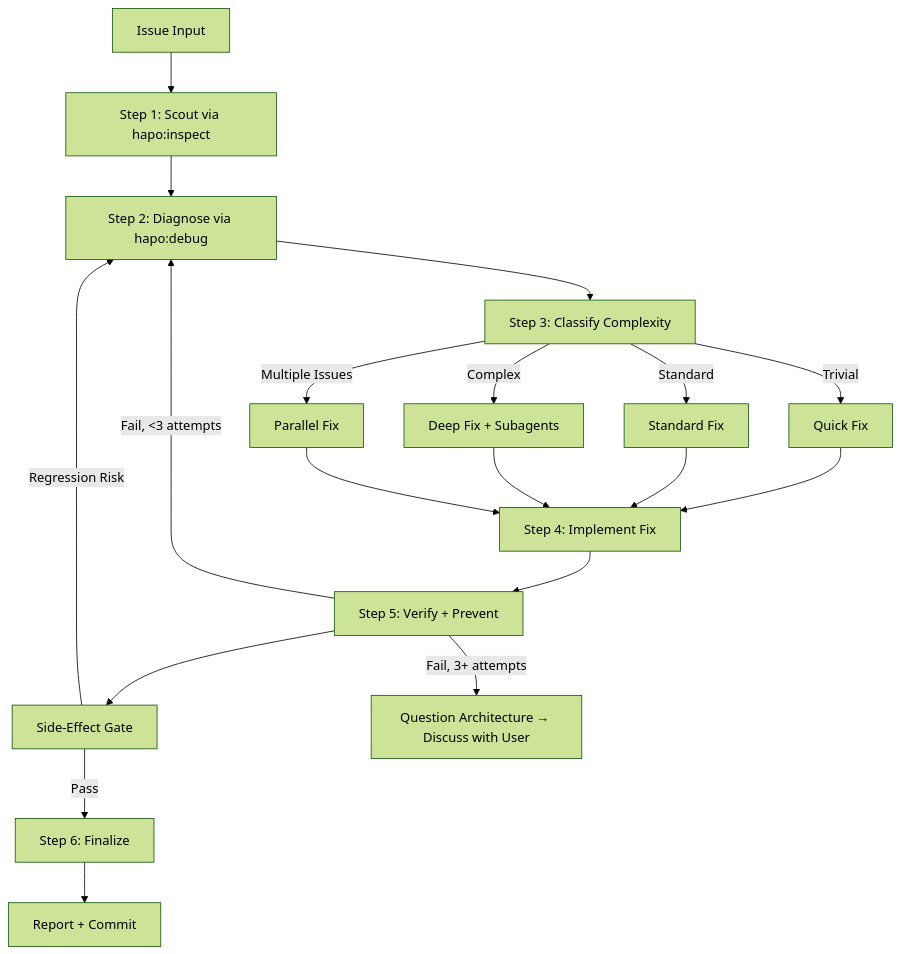
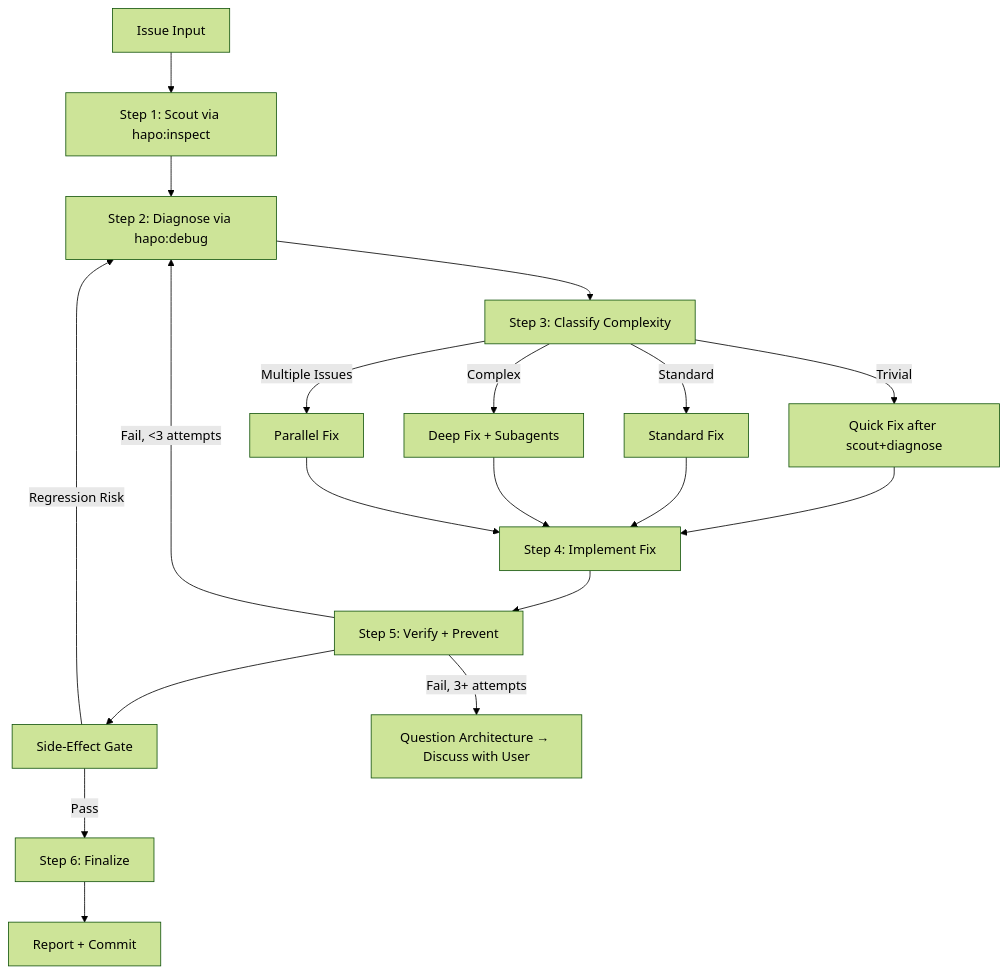
The diagram in packages/spec/src/claude/skills/hotfix/SKILL.md (hapo-nghialuu/antigravity-kit), drawn with Mermaid (forest theme) before and after one commit. The commit also changed other lines of this file and 15 other files, not shown here.

````diff
--- a/packages/spec/src/claude/skills/hotfix/SKILL.md
+++ b/packages/spec/src/claude/skills/hotfix/SKILL.md
@@ -41,21 +69,21 @@
 ```mermaid
 flowchart TD
     A[Issue Input] --> B[Step 1: Scout via hapo:inspect]
     B --> C[Step 2: Diagnose via hapo:debug]
     C --> D[Step 3: Classify Complexity]
-    D -->|Trivial| E[Quick Fix]
+    D -->|Trivial| E[Quick Fix after scout+diagnose]
     D -->|Standard| F[Standard Fix]
     D -->|Complex| G[Deep Fix + Subagents]
     D -->|Multiple Issues| H[Parallel Fix]
     E --> I[Step 4: Implement Fix]
     F --> I
     G --> I
     H --> I
     I --> J[Step 5: Verify + Prevent]
     J --> N[Side-Effect Gate]
     N -->|Pass| K[Step 6: Finalize]
     N -->|Regression Risk| C
     J -->|Fail, <3 attempts| C
     J -->|Fail, 3+ attempts| L[Question Architecture → Discuss with User]
     K --> M[Report + Commit]
 ```
````
